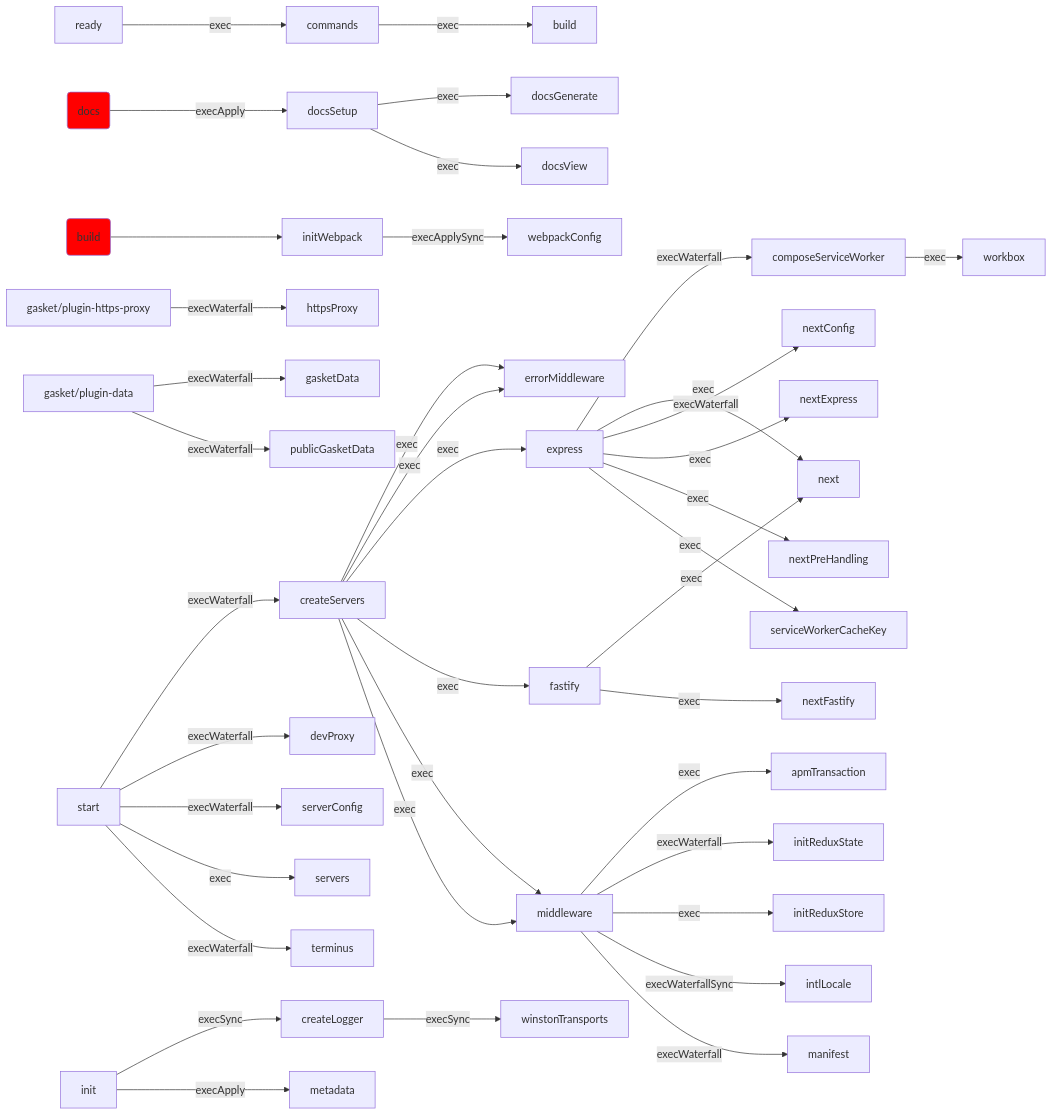
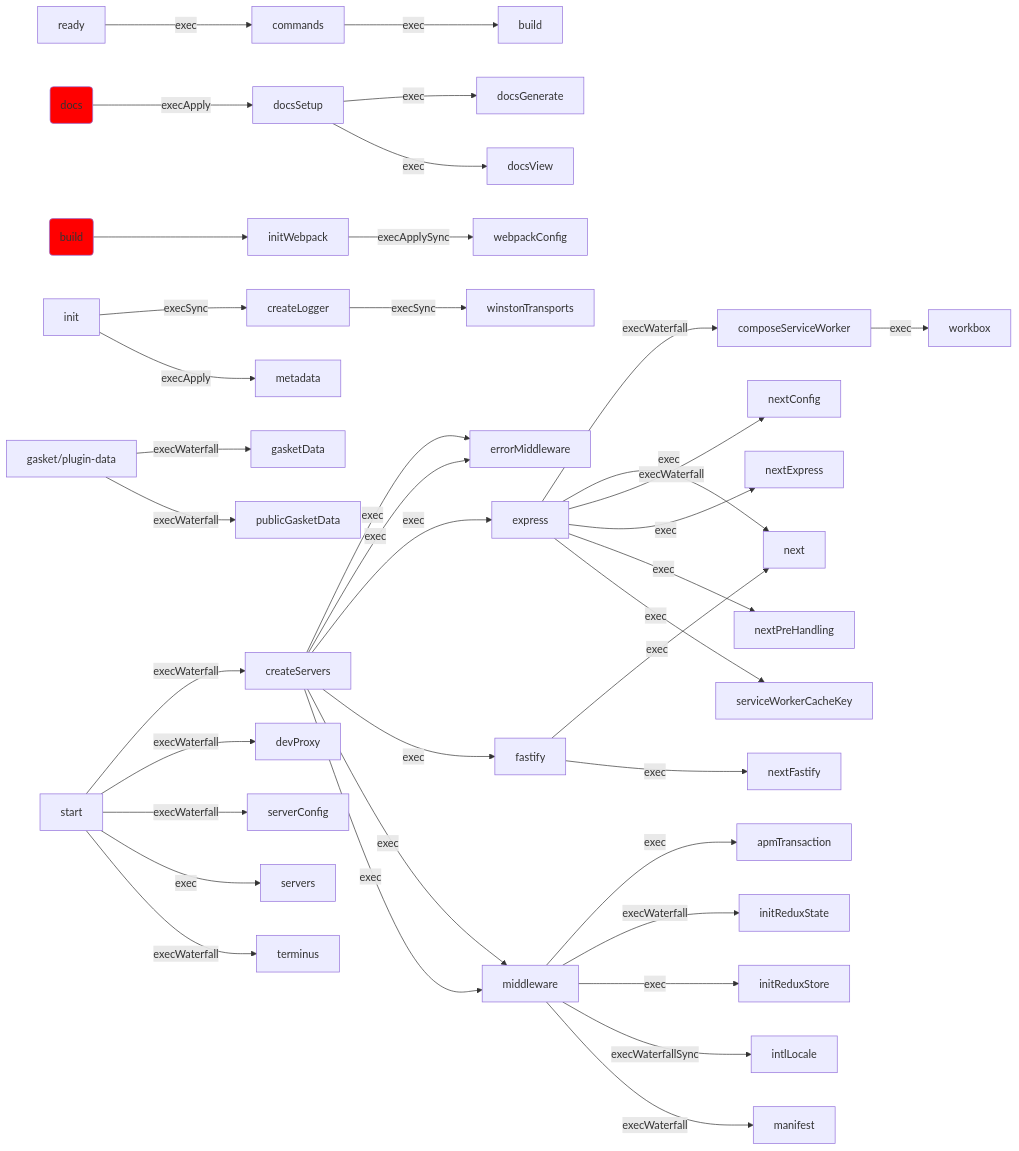
One commit to godaddy/gasket changed the diagram in docs/generated-docs/lifecycle-graphs.md. Above: the diagram before and after it, drawn with Mermaid. The commit also changed 1 other file, not shown here.

````diff
--- a/docs/generated-docs/lifecycle-graphs.md
+++ b/docs/generated-docs/lifecycle-graphs.md
@@ -1,43 +1,42 @@
 ```mermaid
 graph LR;
 middleware -- exec --> apmTransaction;
 commands -- exec --> build;
 ready -- exec --> commands;
 express -- execWaterfall --> composeServiceWorker;
 init -- execSync --> createLogger;
 start -- execWaterfall --> createServers;
 start -- execWaterfall --> devProxy;
 docsSetup -- exec --> docsGenerate;
 docs-cmd(docs) -- execApply --> docsSetup;
 docsSetup -- exec --> docsView;
 createServers -- exec --> errorMiddleware;
 createServers -- exec --> errorMiddleware;
 createServers -- exec --> express;
 createServers -- exec --> fastify;
 gasket/plugin-data -- execWaterfall --> gasketData;
-gasket/plugin-https-proxy -- execWaterfall --> httpsProxy;
 middleware -- execWaterfall --> initReduxState;
 middleware -- exec --> initReduxStore;
 build-cmd(build) --> initWebpack;
 middleware -- execWaterfallSync --> intlLocale;
 middleware -- execWaterfall --> manifest;
 init -- execApply --> metadata;
 createServers -- exec --> middleware;
 createServers -- exec --> middleware;
 express -- exec --> next;
 fastify -- exec --> next;
 express -- execWaterfall --> nextConfig;
 express -- exec --> nextExpress;
 fastify -- exec --> nextFastify;
 express -- exec --> nextPreHandling;
 gasket/plugin-data -- execWaterfall --> publicGasketData;
 start -- execWaterfall --> serverConfig;
 start -- exec --> servers;
 express -- exec --> serviceWorkerCacheKey;
 start -- execWaterfall --> terminus;
 initWebpack -- execApplySync --> webpackConfig;
 createLogger -- execSync --> winstonTransports;
 composeServiceWorker -- exec --> workbox;
 style docs-cmd fill: red;
 style build-cmd fill: red;
 ```
````
